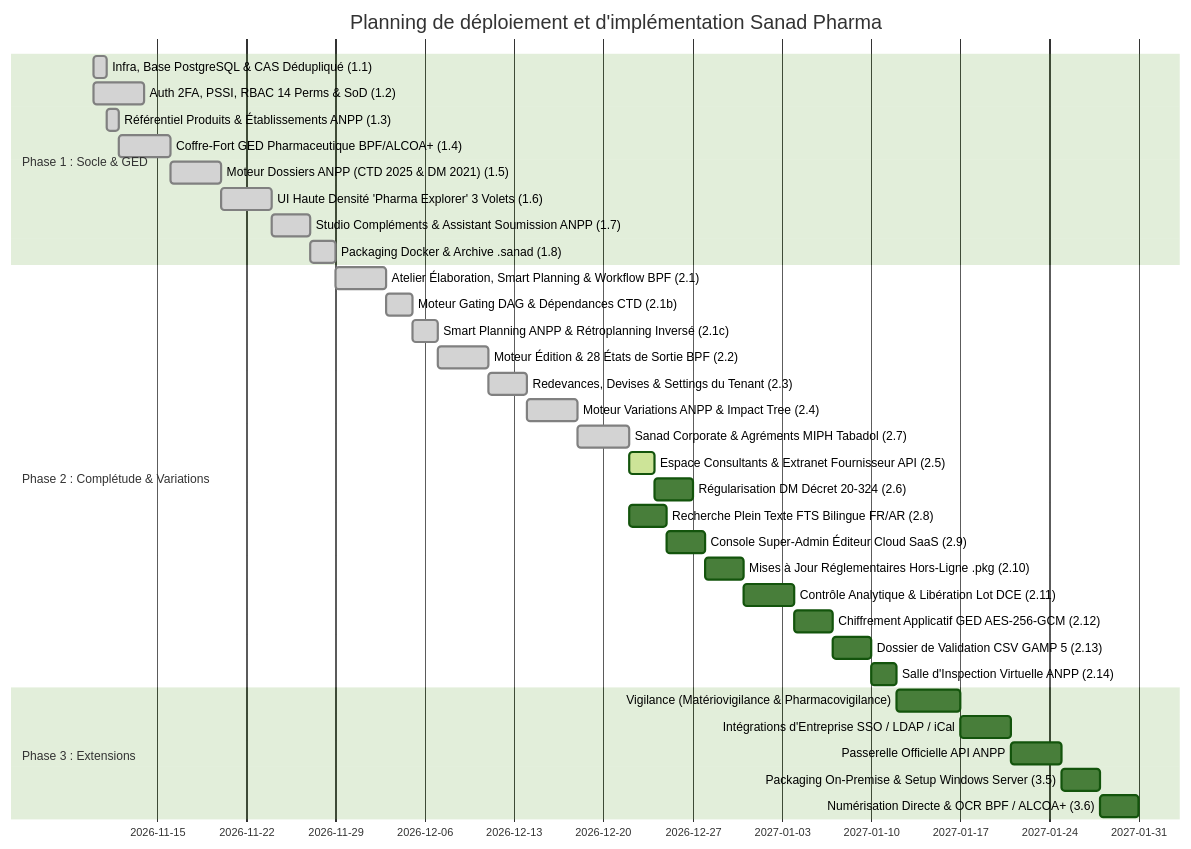
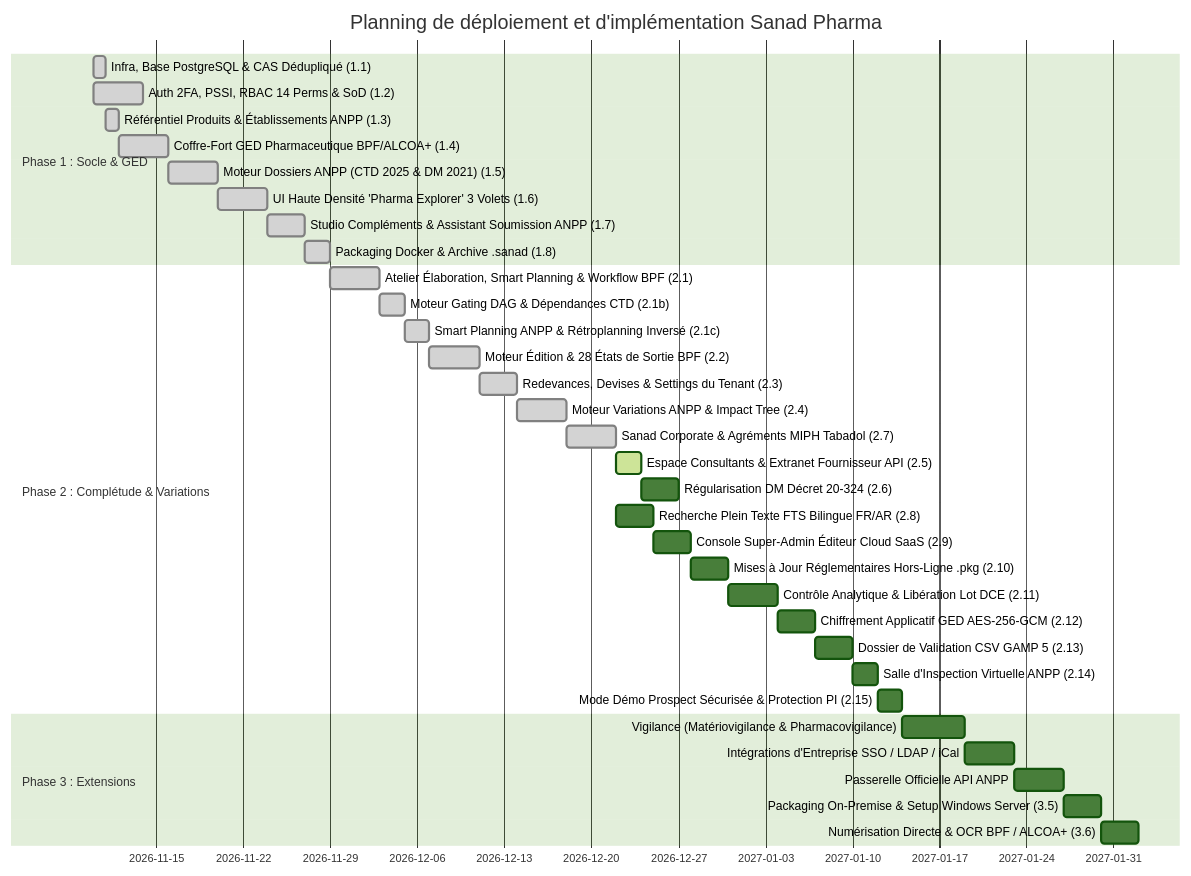
The diagram in docs/roadmap.md (aassr1965/homolog), drawn with Mermaid (forest theme) before and after one commit. The commit also changed other lines of this file, not shown here.

Commit message:
docs(roadmap): ajout du Jalon 2.15 Mode Demo Prospect Securisee et Protection PI

````diff
--- a/docs/roadmap.md
+++ b/docs/roadmap.md
@@ -21,37 +21,38 @@
 ```mermaid
 gantt
     title Planning de déploiement et d'implémentation Sanad Pharma
     dateFormat  YYYY-MM-DD
     section Phase 1 : Socle & GED
     Infra, Base PostgreSQL & CAS Dédupliqué (1.1)    :done, p1_1, 2026-11-10, 1d
     Auth 2FA, PSSI, RBAC 14 Perms & SoD (1.2)        :done, p1_2, 2026-11-10, 4d
     Référentiel Produits & Établissements ANPP (1.3) :done, p1_3, 2026-11-11, 1d
     Coffre-Fort GED Pharmaceutique BPF/ALCOA+ (1.4)  :done, p1_4, after p1_3, 4d
     Moteur Dossiers ANPP (CTD 2025 & DM 2021) (1.5)  :done, p1_5, after p1_4, 4d
     UI Haute Densité 'Pharma Explorer' 3 Volets (1.6):done, p1_6, after p1_5, 4d
     Studio Compléments & Assistant Soumission ANPP (1.7) :done, p1_7, after p1_6, 3d
     Packaging Docker & Archive .sanad (1.8)          :done, p1_8, after p1_7, 2d
     section Phase 2 : Complétude & Variations
     Atelier Élaboration, Smart Planning & Workflow BPF (2.1):done, p2_1, after p1_8, 4d
     Moteur Gating DAG & Dépendances CTD (2.1b)       :done, p2_1b, after p2_1, 2d
     Smart Planning ANPP & Rétroplanning Inversé (2.1c):done, p2_1c, after p2_1b, 2d
     Moteur Édition & 28 États de Sortie BPF (2.2)    :done, p2_2, after p2_1c, 4d
     Redevances, Devises & Settings du Tenant (2.3)   :done, p2_3, after p2_2, 3d
     Moteur Variations ANPP & Impact Tree (2.4)       :done, p2_4, after p2_3, 4d
     Sanad Corporate & Agréments MIPH Tabadol (2.7)   :done, p2_7, after p2_4, 4d
     Espace Consultants & Extranet Fournisseur API (2.5):active, p2_5, after p2_7, 2d
     Régularisation DM Décret 20-324 (2.6)            :p2_6, after p2_5, 3d
     Recherche Plein Texte FTS Bilingue FR/AR (2.8)   :p2_8, after p2_7, 3d
     Console Super-Admin Éditeur Cloud SaaS (2.9)     :p2_9, after p2_8, 3d
     Mises à Jour Réglementaires Hors-Ligne .pkg (2.10):p2_10, after p2_9, 3d
     Contrôle Analytique & Libération Lot DCE (2.11)  :p2_11, after p2_10, 4d
     Chiffrement Applicatif GED AES-256-GCM (2.12)   :p2_12, after p2_11, 3d
     Dossier de Validation CSV GAMP 5 (2.13)          :p2_13, after p2_12, 3d
     Salle d'Inspection Virtuelle ANPP (2.14)         :p2_14, after p2_13, 2d
+    Mode Démo Prospect Sécurisée & Protection PI (2.15):p2_15, after p2_14, 2d
     section Phase 3 : Extensions
-    Vigilance (Matériovigilance & Pharmacovigilance) :p3_1, after p2_14, 5d
+    Vigilance (Matériovigilance & Pharmacovigilance) :p3_1, after p2_15, 5d
     Intégrations d'Entreprise SSO / LDAP / iCal      :p3_2, after p3_1, 4d
     Passerelle Officielle API ANPP                   :p3_3, after p3_2, 4d
     Packaging On-Premise & Setup Windows Server (3.5):p3_5, after p3_3, 3d
     Numérisation Directe & OCR BPF / ALCOA+ (3.6)    :p3_6, after p3_5, 3d
 ```
````
